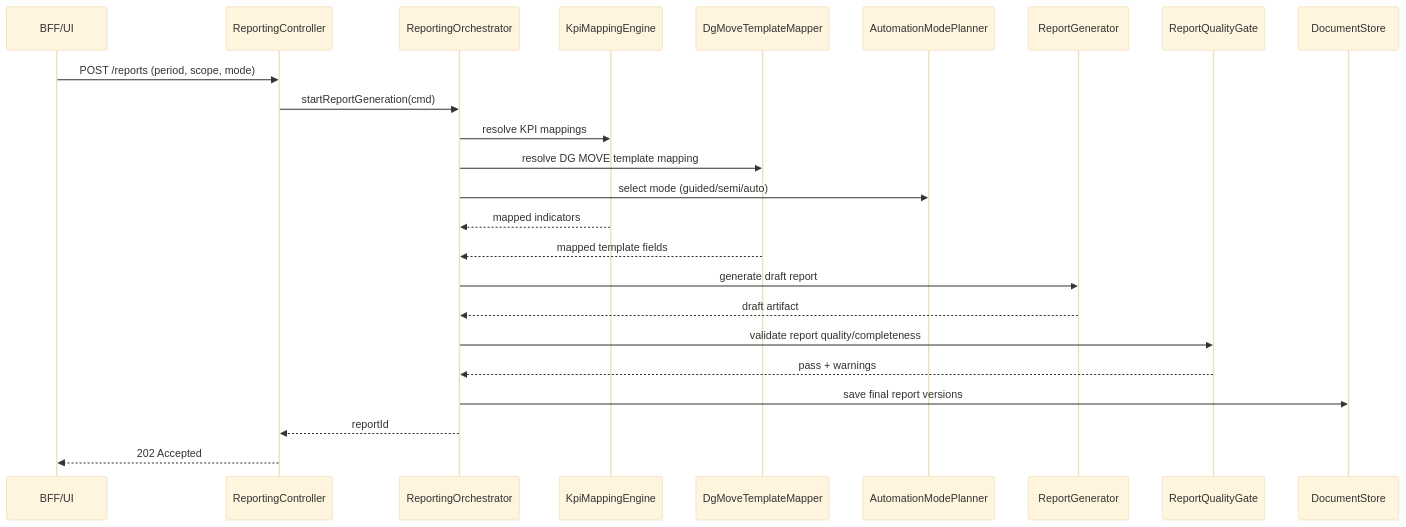
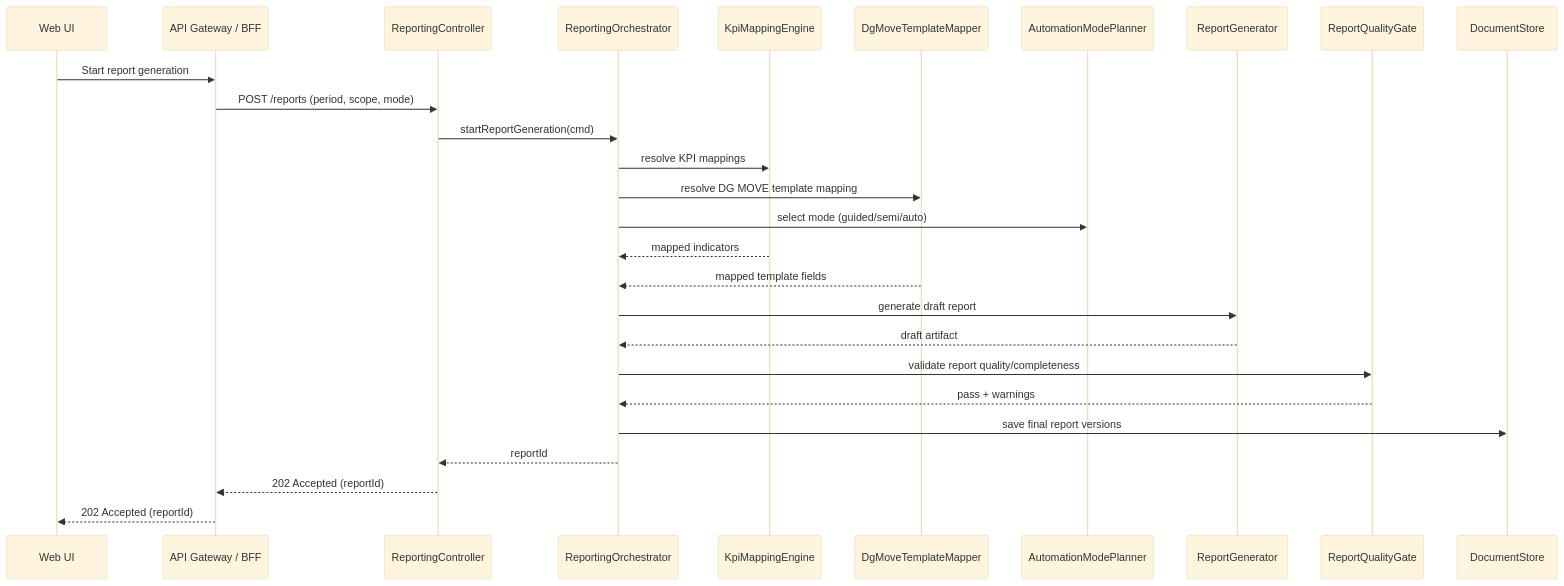
The diagram in docs/architecture/mermaid/reporting-primary-runtime-flow.mmd (UM-KGPI/Napcore-ITS-Reporting), drawn with Mermaid (base theme) before and after one commit. The commit also changed 2 other files, not shown here.

Commit message:
Split reporting sequence participants into UI and BFF

```diff
--- a/docs/architecture/mermaid/reporting-primary-runtime-flow.mmd
+++ b/docs/architecture/mermaid/reporting-primary-runtime-flow.mmd
@@ -1,25 +1,28 @@
 sequenceDiagram
-    participant UI as BFF/UI
+    participant UI as Web UI
+    participant BFF as API Gateway / BFF
     participant API as ReportingController
     participant ORCH as ReportingOrchestrator
     participant MAP as KpiMappingEngine
     participant DGMAP as DgMoveTemplateMapper
     participant AUTO as AutomationModePlanner
     participant GEN as ReportGenerator
     participant QA as ReportQualityGate
     participant DOCS as DocumentStore
 
-    UI->>API: POST /reports (period, scope, mode)
+    UI->>BFF: Start report generation
+    BFF->>API: POST /reports (period, scope, mode)
     API->>ORCH: startReportGeneration(cmd)
     ORCH->>MAP: resolve KPI mappings
     ORCH->>DGMAP: resolve DG MOVE template mapping
     ORCH->>AUTO: select mode (guided/semi/auto)
     MAP-->>ORCH: mapped indicators
     DGMAP-->>ORCH: mapped template fields
     ORCH->>GEN: generate draft report
     GEN-->>ORCH: draft artifact
     ORCH->>QA: validate report quality/completeness
     QA-->>ORCH: pass + warnings
     ORCH->>DOCS: save final report versions
     ORCH-->>API: reportId
-    API-->>UI: 202 Accepted
+    API-->>BFF: 202 Accepted (reportId)
+    BFF-->>UI: 202 Accepted (reportId)
```
